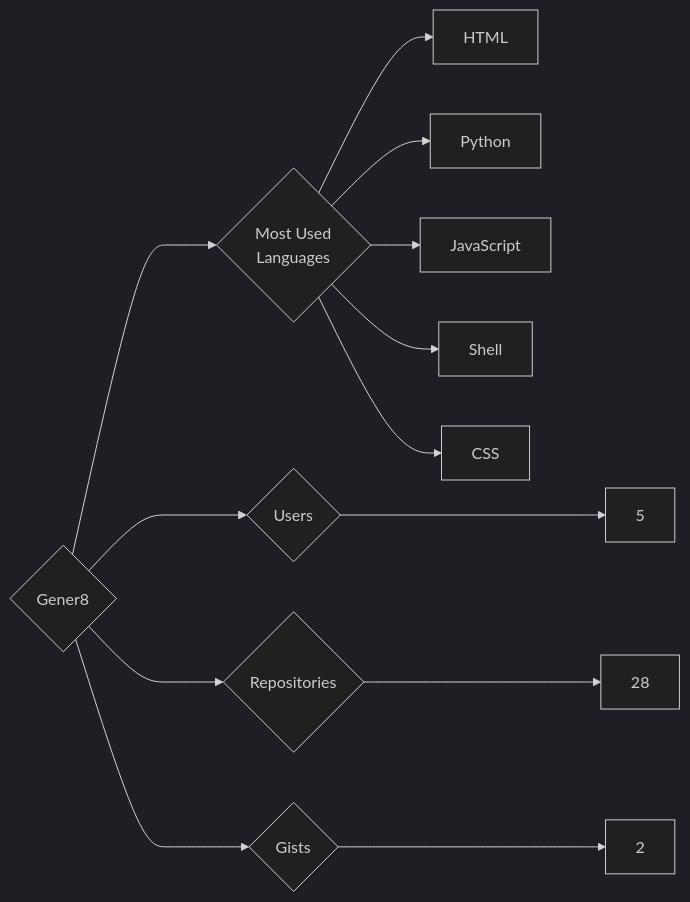
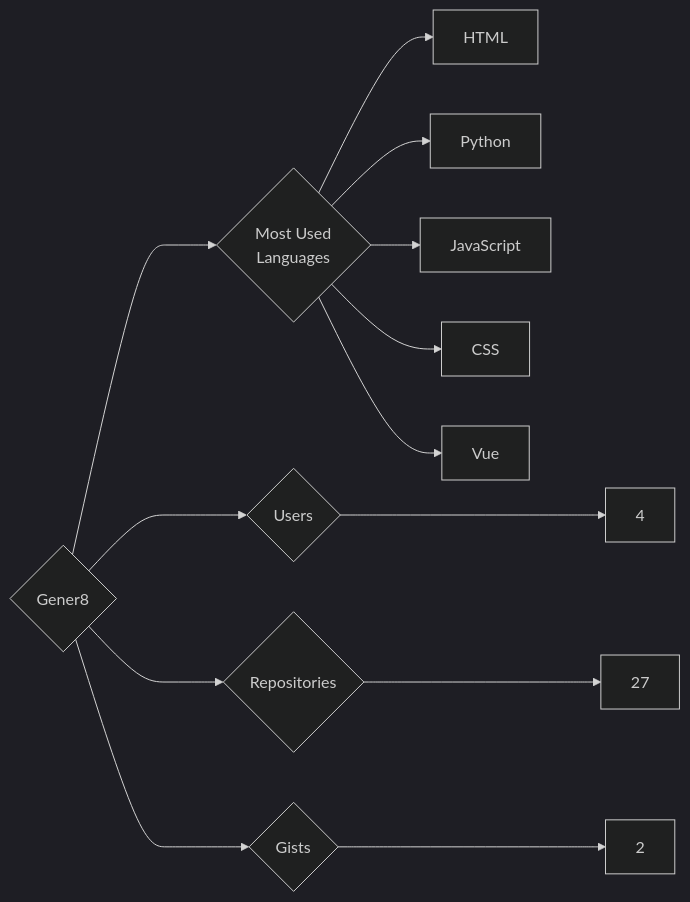
Before and after one commit to trickest/insiders: the diagram in targets/Gener8/README.md, drawn with Mermaid (dark theme). The commit also changed 1170 other files, not shown here.

````diff
--- a/targets/Gener8/README.md
+++ b/targets/Gener8/README.md
@@ -3,13 +3,13 @@
 ```mermaid
 graph LR
 COMPANY_NAME{Gener8}
-COMPANY_NAME ---> U{Users} ---> UN[5]
-COMPANY_NAME ---> R{Repositories} ---> RN[28]
+COMPANY_NAME ---> U{Users} ---> UN[4]
+COMPANY_NAME ---> R{Repositories} ---> RN[27]
 COMPANY_NAME ---> G{Gists} ---> GN[2]
 COMPANY_NAME ---> ML{Most Used<br>Languages}
 ML --> HTML[HTML]
 ML --> Python[Python]
 ML --> JavaScript[JavaScript]
-ML --> Shell[Shell]
 ML --> CSS[CSS]
+ML --> Vue[Vue]
 ```
````
